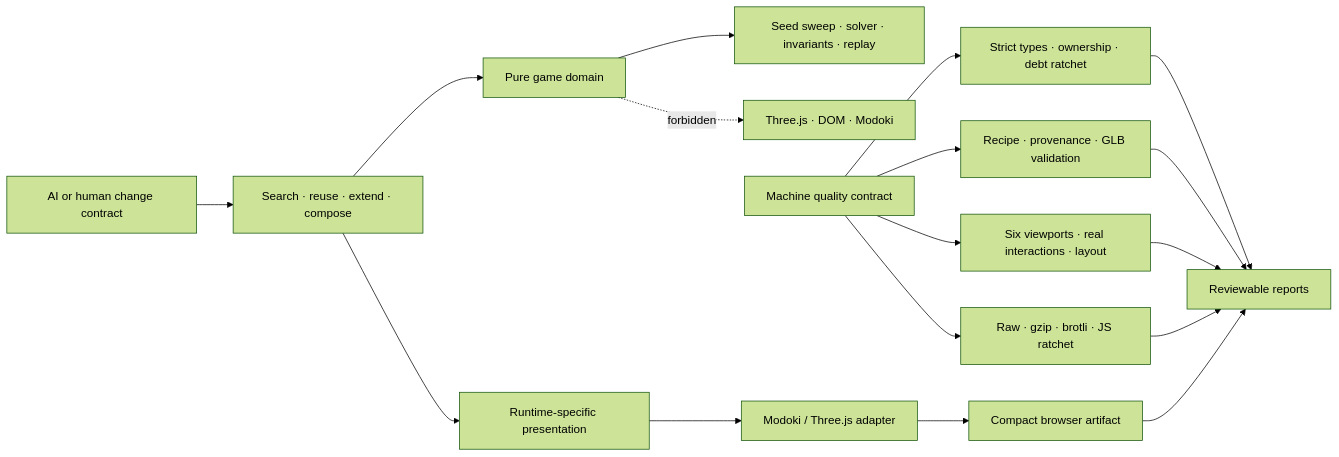
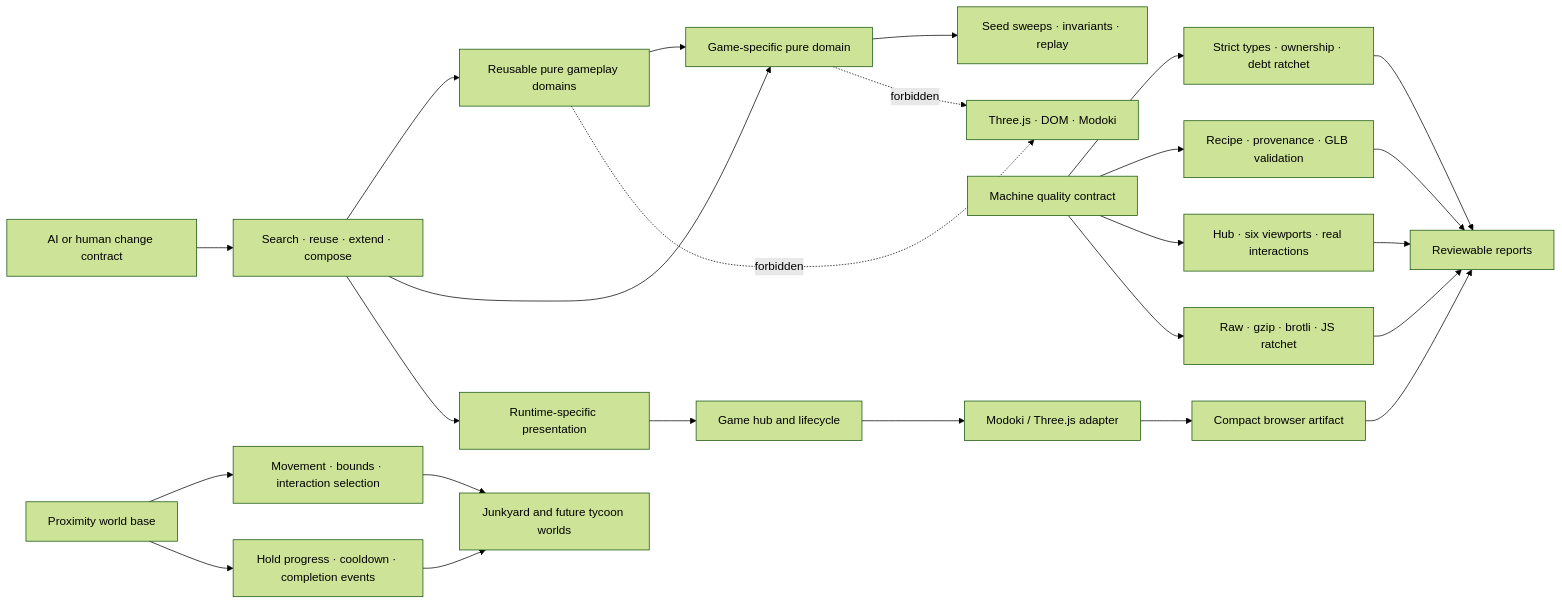
The diagram in architecture/target.mmd (T-Damer/slop), drawn with Mermaid (forest theme) before and after one commit. The commit also changed 56 other files, not shown here.

Commit message:
feat: add game hub and reusable tycoon world

```diff
--- a/architecture/target.mmd
+++ b/architecture/target.mmd
@@ -1,19 +1,28 @@
 flowchart LR
     Task[AI or human change contract] --> Search[Search · reuse · extend · compose]
-    Search --> Domain[Pure game domain]
+    Search --> SharedDomain[Reusable pure gameplay domains]
+    Search --> GameDomain[Game-specific pure domain]
     Search --> Presentation[Runtime-specific presentation]
-    Domain --> Tests[Seed sweep · solver · invariants · replay]
-    Presentation --> Runtime[Modoki / Three.js adapter]
+    SharedDomain --> GameDomain
+    GameDomain --> Tests[Seed sweeps · invariants · replay]
+    Presentation --> Hub[Game hub and lifecycle]
+    Hub --> Runtime[Modoki / Three.js adapter]
     Runtime --> Build[Compact browser artifact]
+
+    Proximity[Proximity world base] --> Movement[Movement · bounds · interaction selection]
+    Proximity --> Progress[Hold progress · cooldown · completion events]
+    Movement --> Tycoon[Junkyard and future tycoon worlds]
+    Progress --> Tycoon
 
     Quality[Machine quality contract] --> CodeGate[Strict types · ownership · debt ratchet]
     Quality --> AssetGate[Recipe · provenance · GLB validation]
-    Quality --> UiGate[Six viewports · real interactions · layout]
+    Quality --> UiGate[Hub · six viewports · real interactions]
     Quality --> BudgetGate[Raw · gzip · brotli · JS ratchet]
     CodeGate --> CI[Reviewable reports]
     AssetGate --> CI
     UiGate --> CI
     BudgetGate --> CI
     Build --> CI
 
-    Domain -. forbidden .-> Three[Three.js · DOM · Modoki]
+    SharedDomain -. forbidden .-> Three[Three.js · DOM · Modoki]
+    GameDomain -. forbidden .-> Three
```
